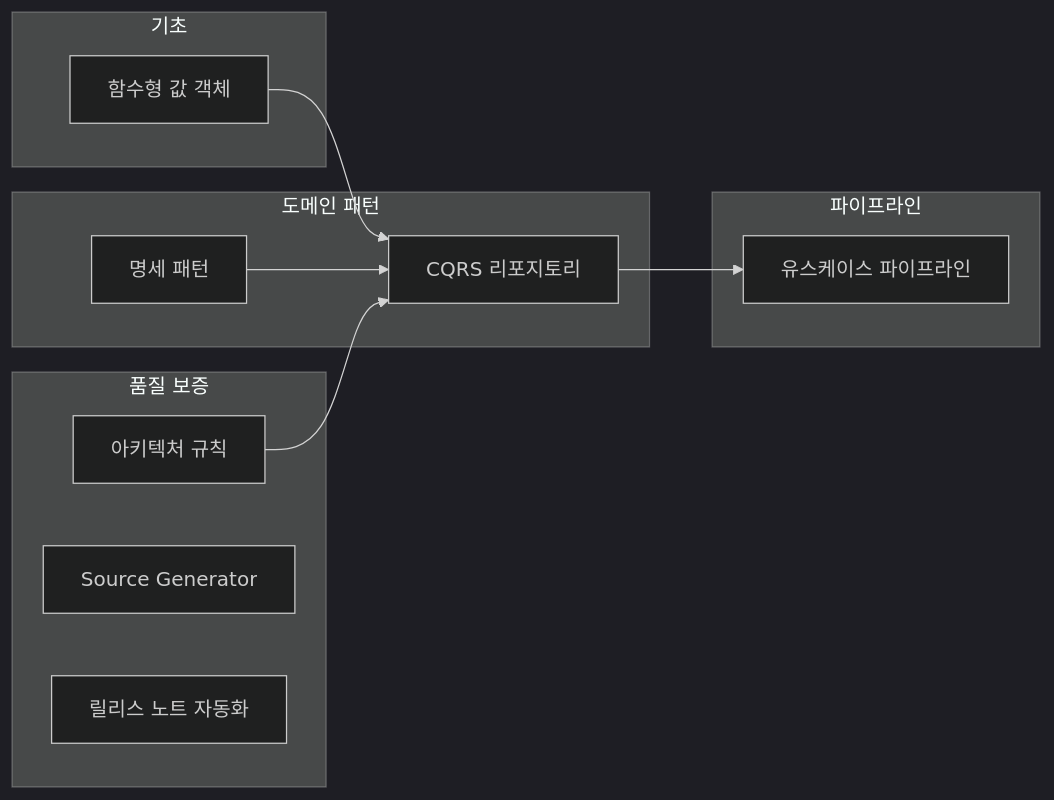
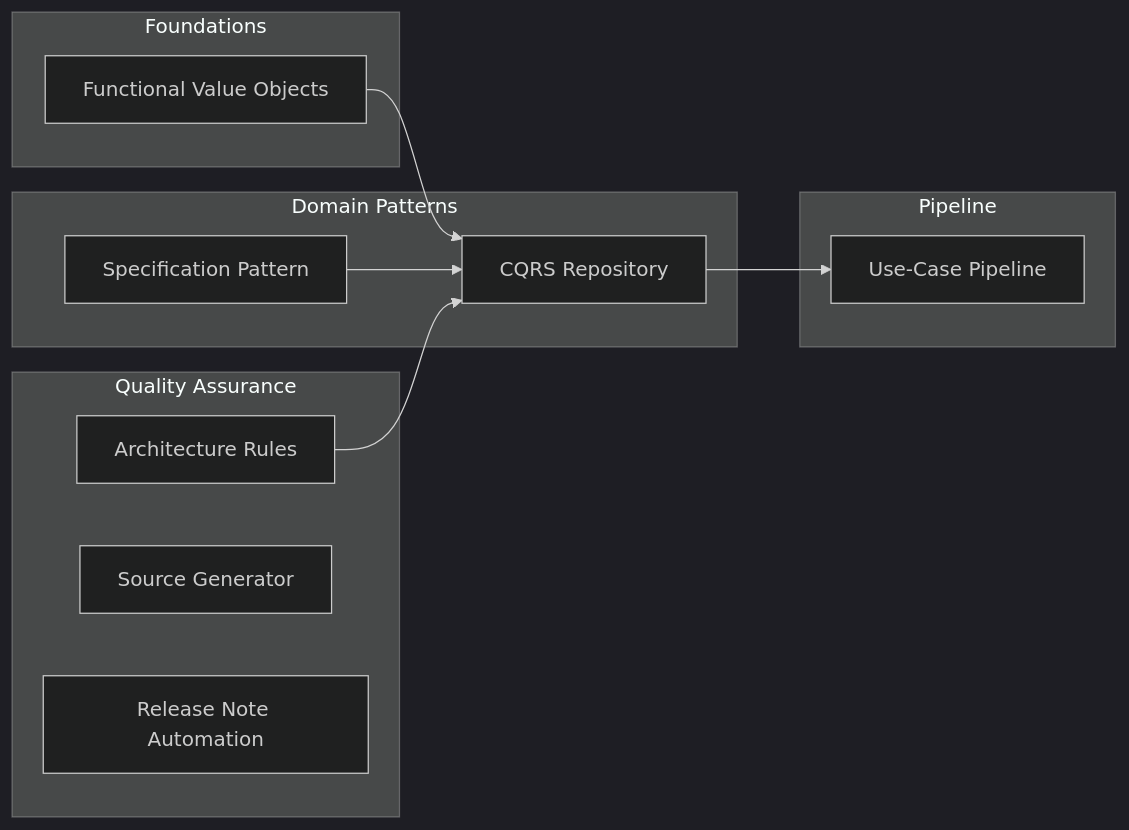
The diagram in Docs.Site/src/content/docs/tutorials/index.md (hhko/Functorium), drawn with Mermaid (dark theme) before and after one commit. The commit also changed other lines of this file and 23 other files, not shown here.

````diff
--- a/Docs.Site/src/content/docs/tutorials/index.md
+++ b/Docs.Site/src/content/docs/tutorials/index.md
@@ -53,26 +53,26 @@
 ```mermaid
 graph LR
-    subgraph 기초
-        A[함수형 값 객체]
+    subgraph Foundations
+        A[Functional Value Objects]
     end
 
-    subgraph 도메인 패턴
-        B[명세 패턴]
-        C[CQRS 리포지토리]
+    subgraph Domain Patterns
+        B[Specification Pattern]
+        C[CQRS Repository]
     end
 
-    subgraph 파이프라인
-        D[유스케이스 파이프라인]
+    subgraph Pipeline
+        D[Use-Case Pipeline]
     end
 
-    subgraph 품질 보증
-        E[아키텍처 규칙]
+    subgraph Quality Assurance
+        E[Architecture Rules]
         F[Source Generator]
-        G[릴리스 노트 자동화]
+        G[Release Note Automation]
     end
 
     A --> C
     B --> C
     C --> D
     E --> C
 ```
````
